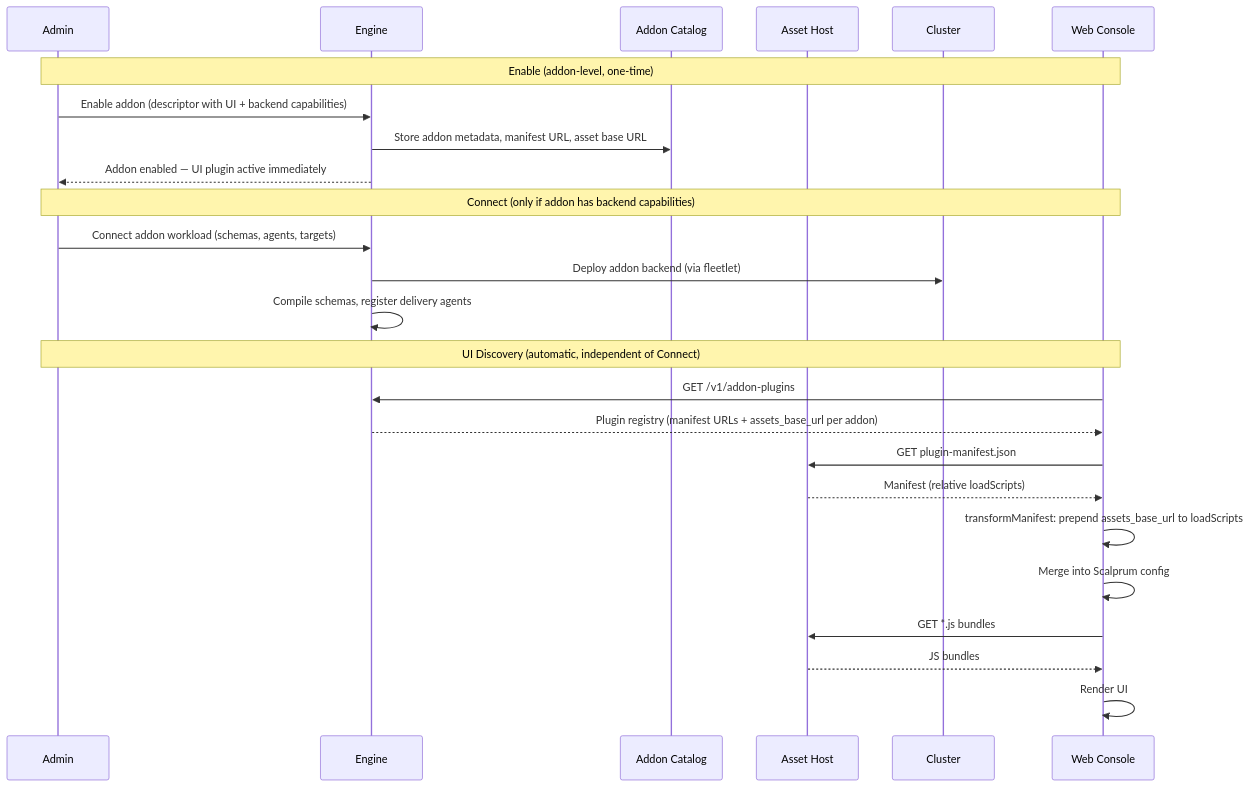
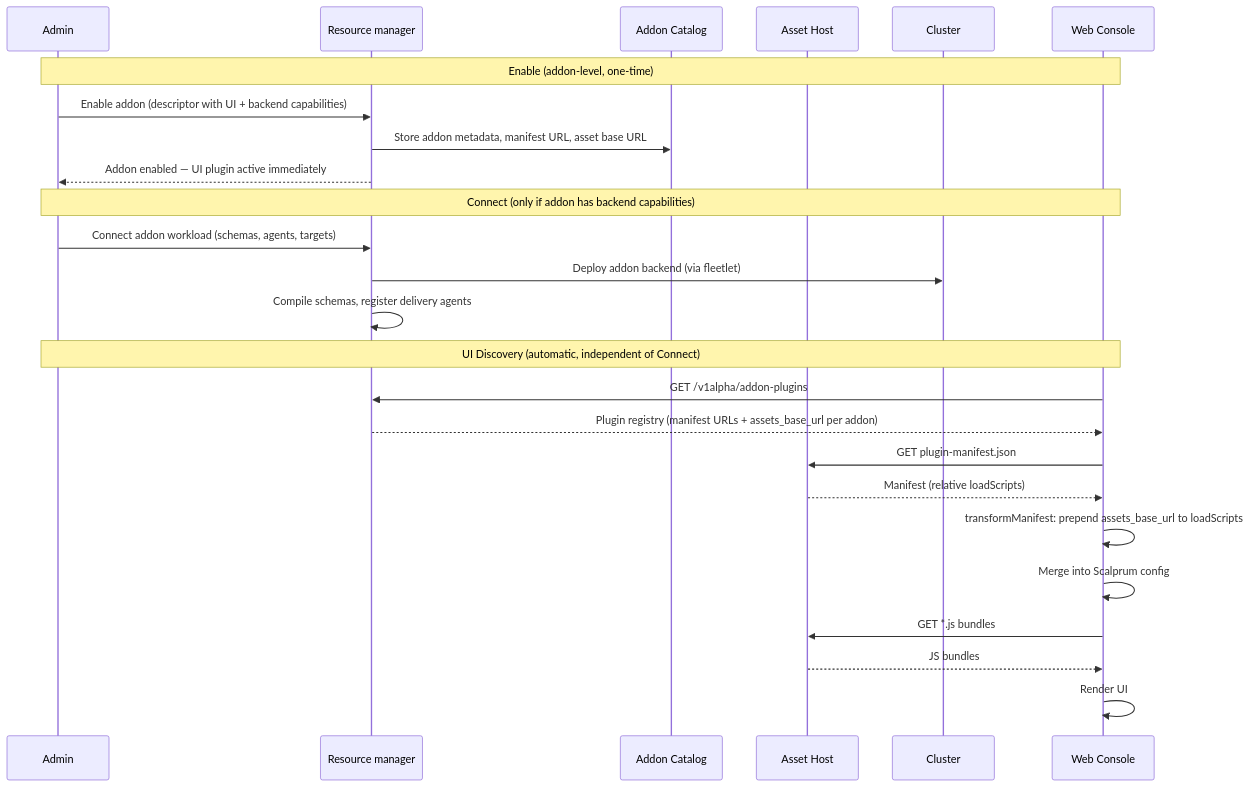
One commit to fleetshift/fleetshift-poc changed the third of 11 diagrams in docs/design/addon-ui-architecture.md. Above: the diagram before and after it, drawn with Mermaid. The commit also changed other lines of this file and 1079 other files, not shown here.

````diff
--- a/docs/design/addon-ui-architecture.md
+++ b/docs/design/addon-ui-architecture.md
@@ -232,30 +232,30 @@
 ```mermaid
 sequenceDiagram
     participant Admin
-    participant Engine
+    participant RM as Resource manager
     participant Catalog as Addon Catalog
     participant AssetHost as Asset Host
     participant Cluster
     participant Shell as Web Console
 
     Note over Admin,Shell: Enable (addon-level, one-time)
-    Admin->>Engine: Enable addon (descriptor with UI + backend capabilities)
-    Engine->>Catalog: Store addon metadata, manifest URL, asset base URL
-    Engine-->>Admin: Addon enabled — UI plugin active immediately
+    Admin->>RM: Enable addon (descriptor with UI + backend capabilities)
+    RM->>Catalog: Store addon metadata, manifest URL, asset base URL
+    RM-->>Admin: Addon enabled — UI plugin active immediately
 
     Note over Admin,Shell: Connect (only if addon has backend capabilities)
-    Admin->>Engine: Connect addon workload (schemas, agents, targets)
-    Engine->>Cluster: Deploy addon backend (via fleetlet)
-    Engine->>Engine: Compile schemas, register delivery agents
+    Admin->>RM: Connect addon workload (schemas, agents, targets)
+    RM->>Cluster: Deploy addon backend (via fleetlet)
+    RM->>RM: Compile schemas, register delivery agents
 
     Note over Admin,Shell: UI Discovery (automatic, independent of Connect)
-    Shell->>Engine: GET /v1/addon-plugins
-    Engine-->>Shell: Plugin registry (manifest URLs + assets_base_url per addon)
+    Shell->>RM: GET /v1alpha/addon-plugins
+    RM-->>Shell: Plugin registry (manifest URLs + assets_base_url per addon)
     Shell->>AssetHost: GET plugin-manifest.json
     AssetHost-->>Shell: Manifest (relative loadScripts)
     Shell->>Shell: transformManifest: prepend assets_base_url to loadScripts
     Shell->>Shell: Merge into Scalprum config
     Shell->>AssetHost: GET *.js bundles
     AssetHost-->>Shell: JS bundles
     Shell->>Shell: Render UI
 ```
````
